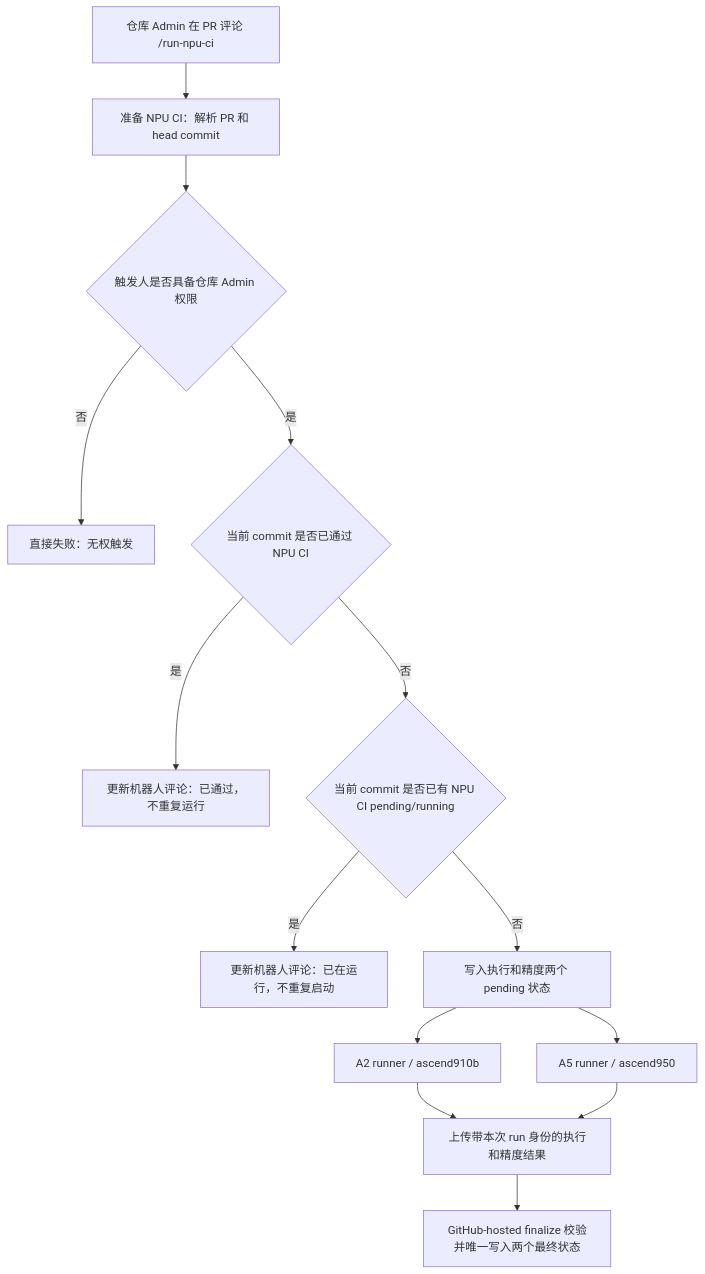
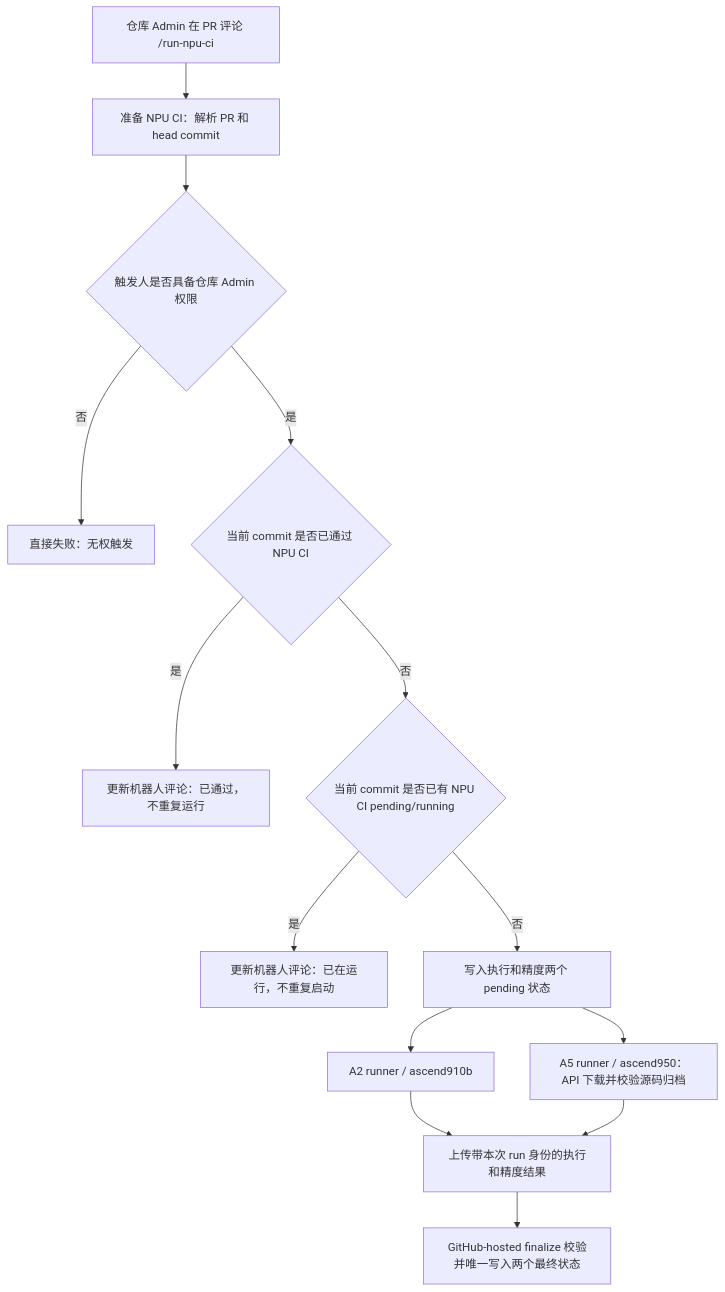
The second of 4 diagrams in docs/Fla-npu仓CI部署教程.md (flashserve/flash-linear-attention-npu), drawn with Mermaid before and after one commit. The commit also changed other lines of this file and 3 other files, not shown here.

````diff
--- a/docs/Fla-npu仓CI部署教程.md
+++ b/docs/Fla-npu仓CI部署教程.md
@@ -69,16 +78,16 @@
 ```mermaid
 flowchart TD
     A["仓库 Admin 在 PR 评论 /run-npu-ci"] --> B["准备 NPU CI：解析 PR 和 head commit"]
     B --> C{"触发人是否具备仓库 Admin 权限"}
     C -- "否" --> D["直接失败：无权触发"]
     C -- "是" --> E{"当前 commit 是否已通过 NPU CI"}
     E -- "是" --> F["更新机器人评论：已通过，不重复运行"]
     E -- "否" --> G{"当前 commit 是否已有 NPU CI pending/running"}
     G -- "是" --> H["更新机器人评论：已在运行，不重复启动"]
     G -- "否" --> I["写入执行和精度两个 pending 状态"]
     I --> J["A2 runner / ascend910b"]
-    I --> K["A5 runner / ascend950"]
+    I --> K["A5 runner / ascend950：API 下载并校验源码归档"]
     J --> L["上传带本次 run 身份的执行和精度结果"]
     K --> L
     L --> M["GitHub-hosted finalize 校验并唯一写入两个最终状态"]
 ```
````
